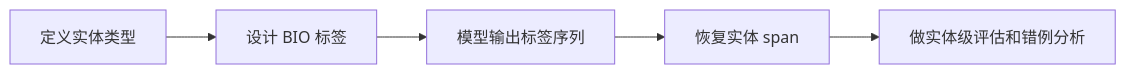
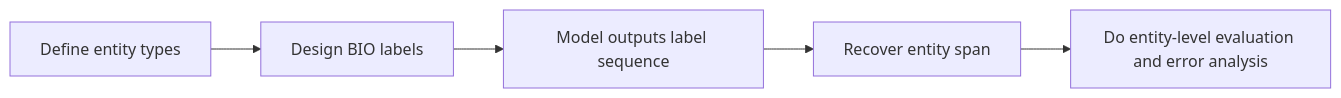
The diagram in docs/ch11-nlp/ch04-sequence-labeling/03-ner-practice.md (oudbiao/AI-fullstack-course), drawn with Mermaid before and after one commit. The commit also changed other lines of this file and 1406 other files, not shown here.

````diff
--- a/docs/ch11-nlp/ch04-sequence-labeling/03-ner-practice.md
+++ b/docs/ch11-nlp/ch04-sequence-labeling/03-ner-practice.md
@@ -47,7 +46,7 @@
 ```mermaid
 flowchart LR
-    A["定义实体类型"] --> B["设计 BIO 标签"]
-    B --> C["模型输出标签序列"]
-    C --> D["恢复实体 span"]
-    D --> E["做实体级评估和错例分析"]
+    A["Define entity types"] --> B["Design BIO labels"]
+    B --> C["Model outputs label sequence"]
+    C --> D["Recover entity span"]
+    D --> E["Do entity-level evaluation and error analysis"]
 ```
````
